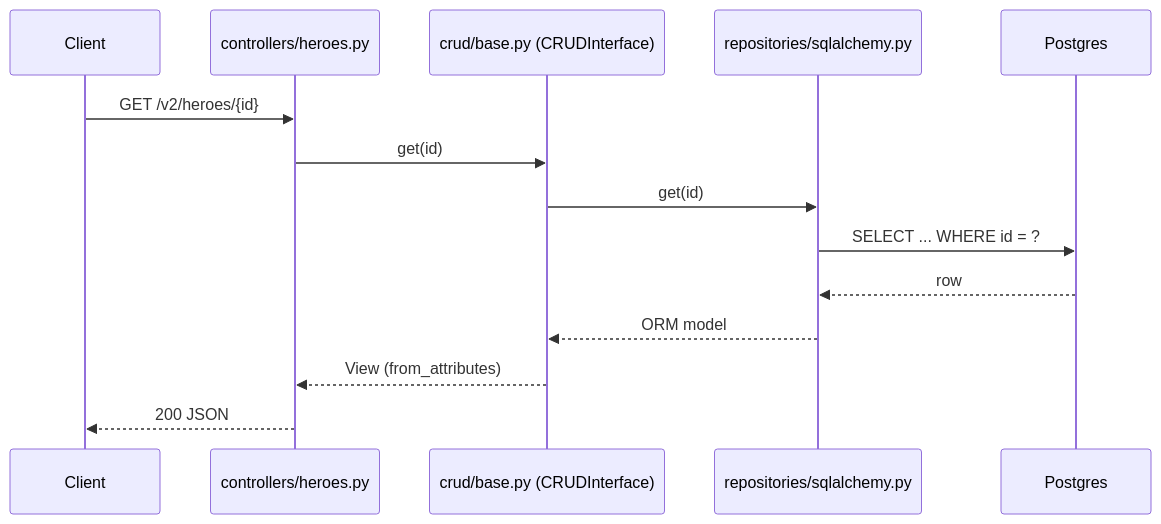
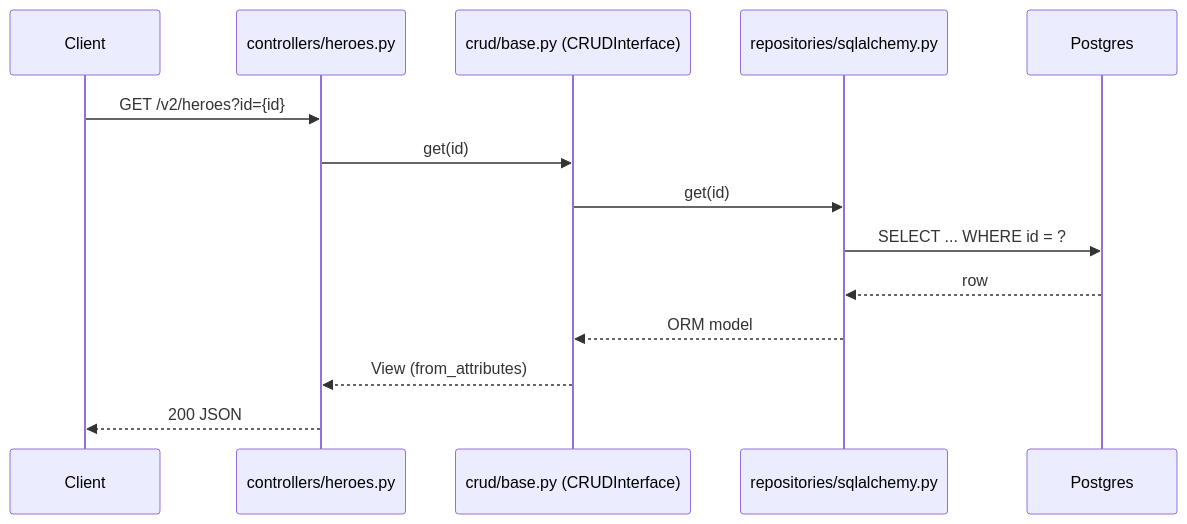
The second of 2 diagrams in src/app/README.md (crazyracer98/template-python), drawn with Mermaid before and after one commit. The commit also changed other lines of this file and 42 other files, not shown here.

First line of the commit message:
feat(api): add schema-driven filtering/sorting and bulk update/delete to CRUD routers

````diff
--- a/src/app/README.md
+++ b/src/app/README.md
@@ -226,17 +226,17 @@
 ```mermaid
 sequenceDiagram
     participant Client
     participant Controller as controllers/heroes.py
     participant CRUD as crud/base.py (CRUDInterface)
     participant Repo as repositories/sqlalchemy.py
     participant DB as Postgres
 
-    Client->>Controller: GET /v2/heroes/{id}
+    Client->>Controller: GET /v2/heroes?id={id}
     Controller->>CRUD: get(id)
     CRUD->>Repo: get(id)
     Repo->>DB: SELECT ... WHERE id = ?
     DB-->>Repo: row
     Repo-->>CRUD: ORM model
     CRUD-->>Controller: View (from_attributes)
     Controller-->>Client: 200 JSON
 ```
````
